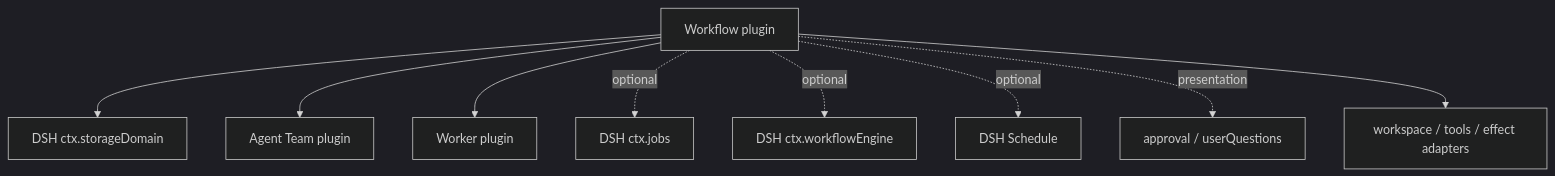
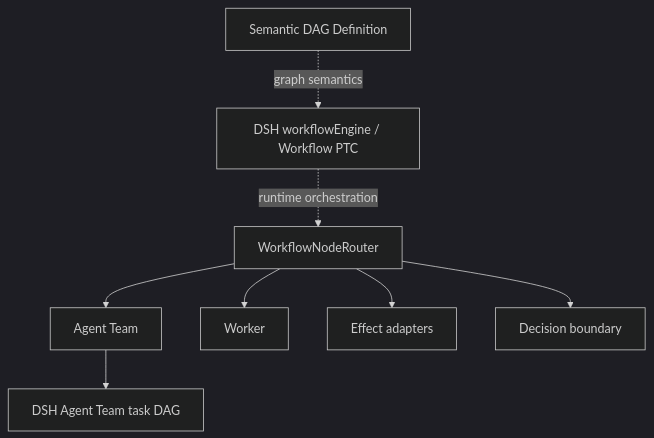
Before and after one commit to tsuuanmi/AgentOS: the diagram in docs/architecture/plugins/workflow/composition.md, drawn with Mermaid (dark theme). The commit also changed other lines of this file and 41 other files, not shown here.

First line of the commit message:
docs: consolidate Worker-first MVP architecture

```diff
--- a/docs/architecture/plugins/workflow/composition.md
+++ b/docs/architecture/plugins/workflow/composition.md
@@ -7,21 +19,23 @@
 ~~~mermaid
 flowchart TB
-    WF[Workflow plugin]
-    Store[DSH ctx.storageDomain]
-    Team[Agent Team plugin]
-    Worker[Worker plugin]
-    Jobs[DSH ctx.jobs]
-    Engine[DSH ctx.workflowEngine]
-    Schedule[DSH Schedule]
-    Human[approval / userQuestions]
-    Effects[workspace / tools / effect adapters]
+    Definition[Semantic DAG Definition]
+    DSHWF[DSH workflowEngine / Workflow PTC]
+    Router[WorkflowNodeRouter]
 
-    WF --> Store
-    WF --> Team
-    WF --> Worker
-    WF -. optional .-> Jobs
-    WF -. optional .-> Engine
-    WF -. optional .-> Schedule
-    WF -. presentation .-> Human
-    WF --> Effects
+    Team[Agent Team]
+    Worker[Worker]
+    Effects[Effect adapters]
+    Decisions[Decision boundary]
+
+    TeamTasks[DSH Agent Team task DAG]
+
+    Definition -. graph semantics .-> DSHWF
+    DSHWF -. runtime orchestration .-> Router
+
+    Router --> Team
+    Router --> Worker
+    Router --> Effects
+    Router --> Decisions
+
+    Team --> TeamTasks
 ~~~
```
